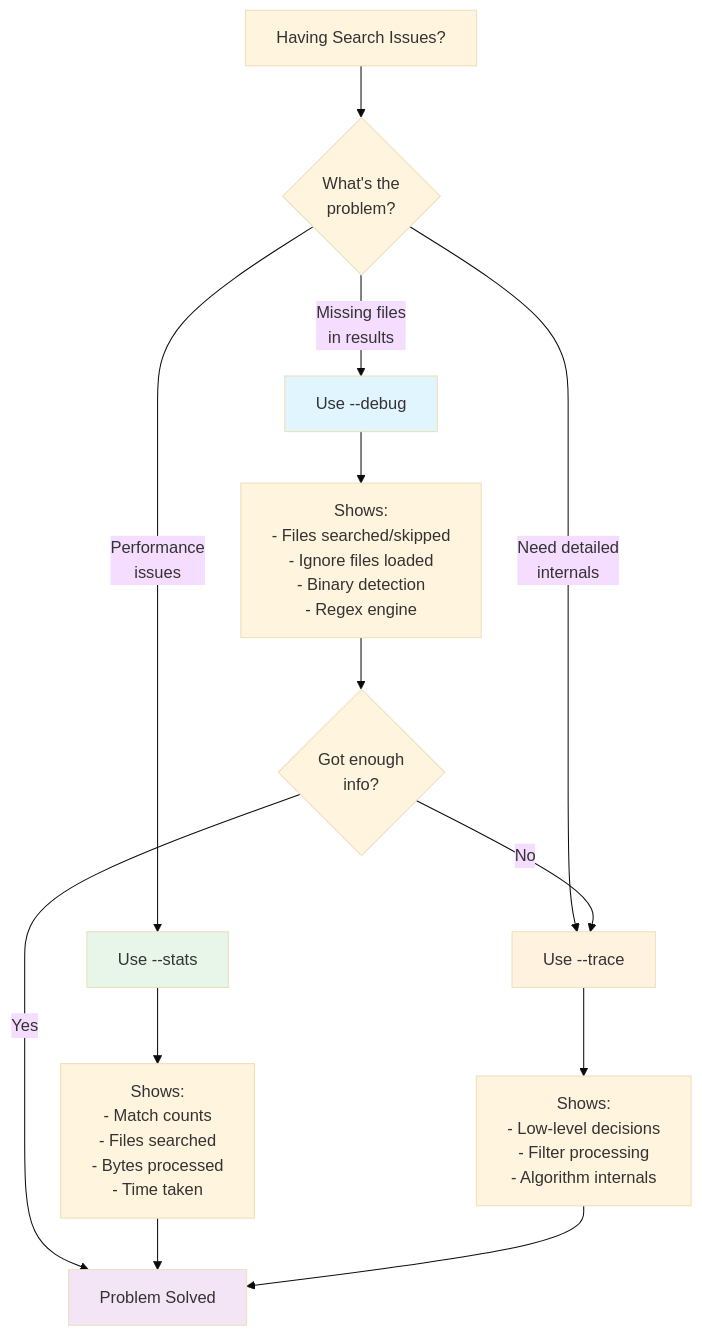
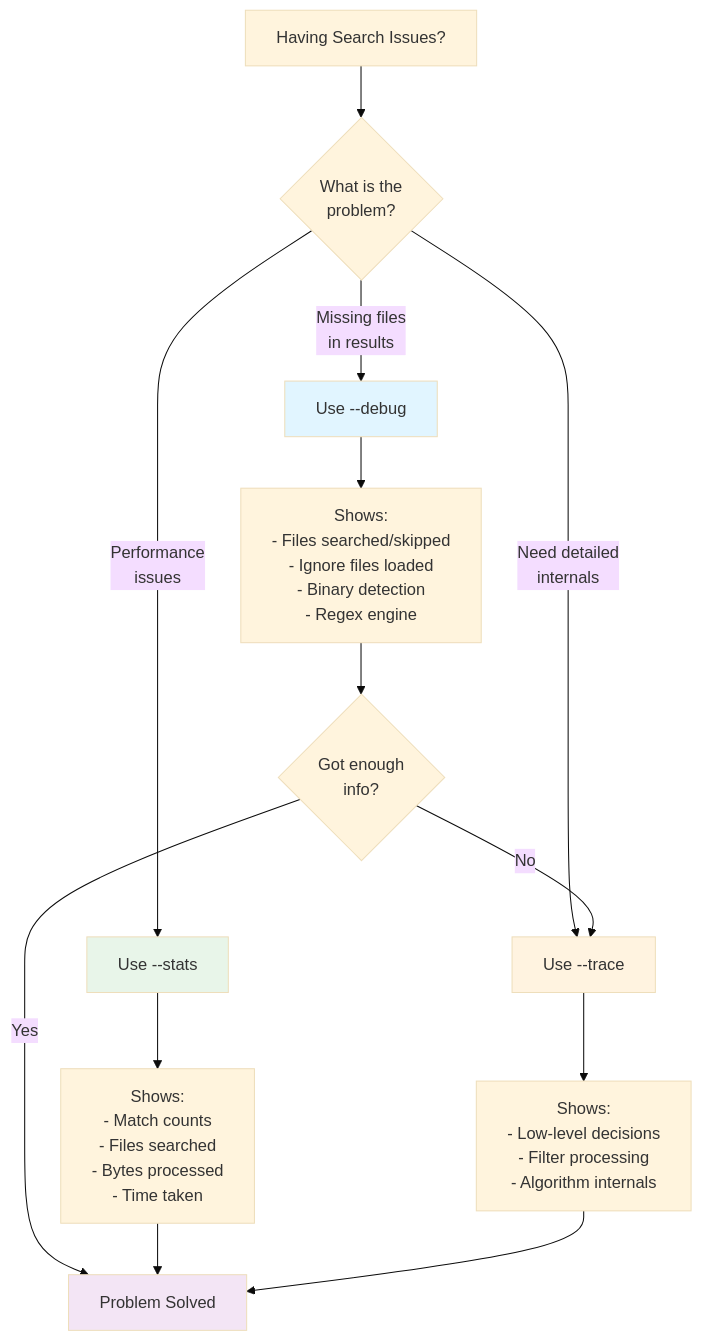
The diagram in docs/troubleshooting/debug-flags.md (iepathos/ripgrep), drawn with Mermaid (base theme) before and after one commit. The commit also changed 14 other files, not shown here.

First line of the commit message:
fix: resolve Mermaid edge label parsing errors

````diff
--- a/docs/troubleshooting/debug-flags.md
+++ b/docs/troubleshooting/debug-flags.md
@@ -7,42 +7,26 @@
 ```mermaid
 flowchart TD
-    Start[Having Search Issues?] --> Question{"What's the
-problem?"}
+    Start[Having Search Issues?] --> Question{What is the<br/>problem?}
 
-    Question -->|"Missing files
-in results"| Debug[Use --debug]
-    Question -->|"Performance
-issues"| Stats[Use --stats]
-    Question -->|"Need detailed
-internals"| Trace[Use --trace]
+    Question -->|Missing files<br/>in results| Debug[Use --debug]
+    Question -->|Performance<br/>issues| Stats[Use --stats]
+    Question -->|Need detailed<br/>internals| Trace[Use --trace]
 
-    Debug --> DebugInfo["Shows:
-- Files searched/skipped
-- Ignore files loaded
-- Binary detection
-- Regex engine"]
+    Debug --> DebugInfo[Shows:<br/>- Files searched/skipped<br/>- Ignore files loaded<br/>- Binary detection<br/>- Regex engine]
 
-    Stats --> StatsInfo["Shows:
-- Match counts
-- Files searched
-- Bytes processed
-- Time taken"]
+    Stats --> StatsInfo[Shows:<br/>- Match counts<br/>- Files searched<br/>- Bytes processed<br/>- Time taken]
 
-    Trace --> TraceInfo["Shows:
-- Low-level decisions
-- Filter processing
-- Algorithm internals"]
+    Trace --> TraceInfo[Shows:<br/>- Low-level decisions<br/>- Filter processing<br/>- Algorithm internals]
 
-    DebugInfo --> DebugEnough{"Got enough
-info?"}
+    DebugInfo --> DebugEnough{Got enough<br/>info?}
     DebugEnough -->|No| Trace
     DebugEnough -->|Yes| End[Problem Solved]
 
     StatsInfo --> End
     TraceInfo --> End
 
     style Debug fill:#e1f5ff
     style Stats fill:#e8f5e9
     style Trace fill:#fff3e0
     style End fill:#f3e5f5
 ```
````
